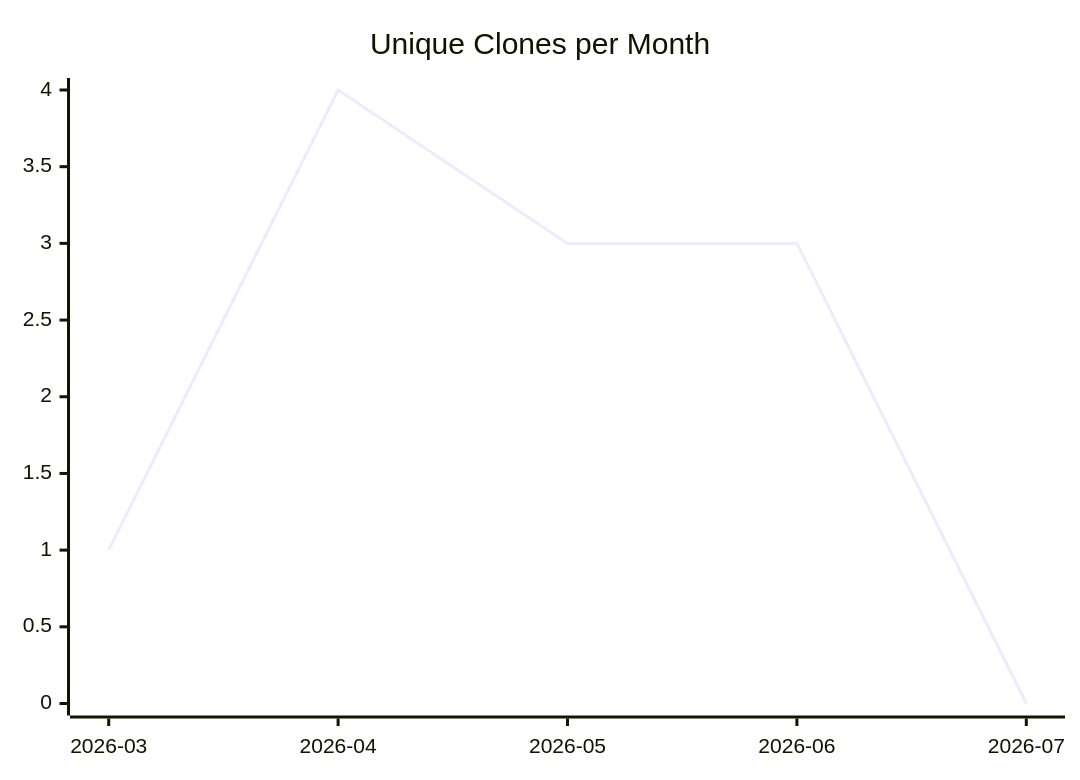
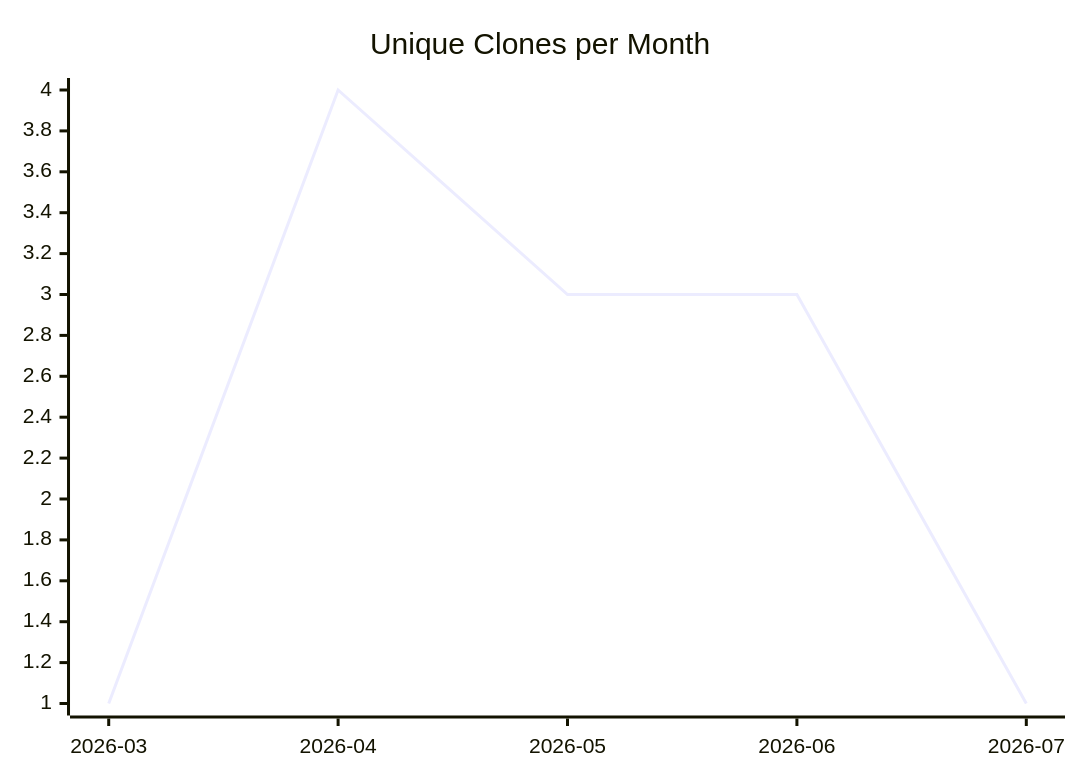
One commit to justdavis-family/github-analytics-data changed the third of 3 diagrams in karlmdavis/FHIR-Server/README.md. Above: the diagram before and after it, drawn with Mermaid. The commit also changed other lines of this file and 169 other files, not shown here.

````diff
--- a/karlmdavis/FHIR-Server/README.md
+++ b/karlmdavis/FHIR-Server/README.md
@@ -19,6 +19,6 @@
 ```mermaid
 xychart-beta
   title "Unique Clones per Month"
   x-axis ["2026-03", "2026-04", "2026-05", "2026-06", "2026-07"]
-  line [1, 4, 3, 3, 0]
+  line [1, 4, 3, 3, 1]
 ```
````
